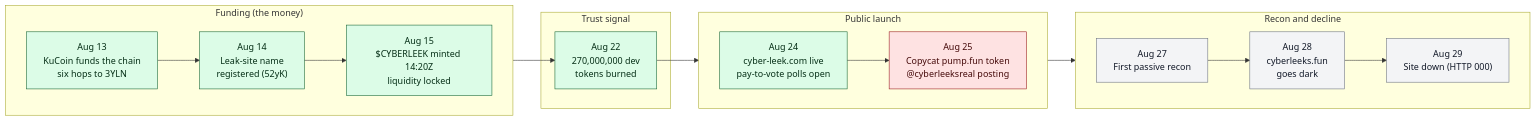
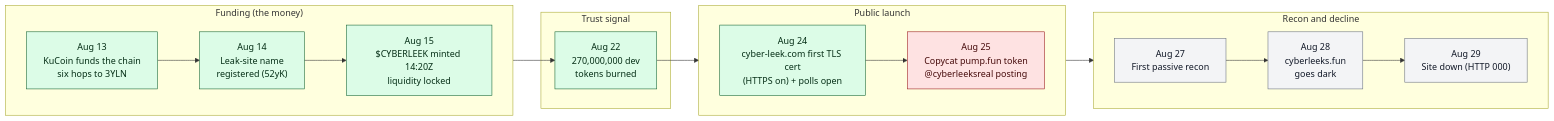
The diagram in README.md (deepwoodssec/FollowTheLeek), drawn with Mermaid before and after one commit. The commit also changed other lines of this file and 5 other files, not shown here.

Commit message:
recon: split into recon-operation.sh + recon-copycat.sh with RDAP/WHOIS registrar lookup; drop 'macOS' wording; flag domain-registrar/registration-date gap; correct the Aug 24 'stood up' claim to first-TLS-cert (lower bound)

````diff
--- a/README.md
+++ b/README.md
@@ -73,27 +73,27 @@
 ```mermaid
 flowchart LR
     subgraph FUND["Funding (the money)"]
       direction LR
       A13["Aug 13<br/>KuCoin funds the chain<br/>six hops to 3YLN"] --> A14["Aug 14<br/>Leak-site name<br/>registered (52yK)"] --> A15["Aug 15<br/>$CYBERLEEK minted 14:20Z<br/>liquidity locked"]
     end
     subgraph TRUST["Trust signal"]
       A22["Aug 22<br/>270,000,000 dev<br/>tokens burned"]
     end
     subgraph LAUNCH["Public launch"]
       direction LR
-      A24["Aug 24<br/>cyber-leek.com live<br/>pay-to-vote polls open"] --> A25["Aug 25<br/>Copycat pump.fun token<br/>@cyberleeksreal posting"]
+      A24["Aug 24<br/>cyber-leek.com first TLS cert<br/>(HTTPS on) + polls open"] --> A25["Aug 25<br/>Copycat pump.fun token<br/>@cyberleeksreal posting"]
     end
     subgraph RECON["Recon and decline"]
       direction LR
       A27["Aug 27<br/>First passive recon"] --> A28["Aug 28<br/>cyberleeks.fun<br/>goes dark"] --> A29["Aug 29<br/>Site down (HTTP 000)"]
     end
     A15 --> A22 --> A24
     A25 --> A27
 
     classDef money fill:#dcfce7,stroke:#166534,color:#052e16;
     classDef persona fill:#fee2e2,stroke:#991b1b,color:#450a0a;
     classDef recon fill:#f3f4f6,stroke:#6b7280,color:#111827;
     class A13,A14,A15,A22,A24 money;
     class A25 persona;
     class A27,A28,A29 recon;
 ```
````
